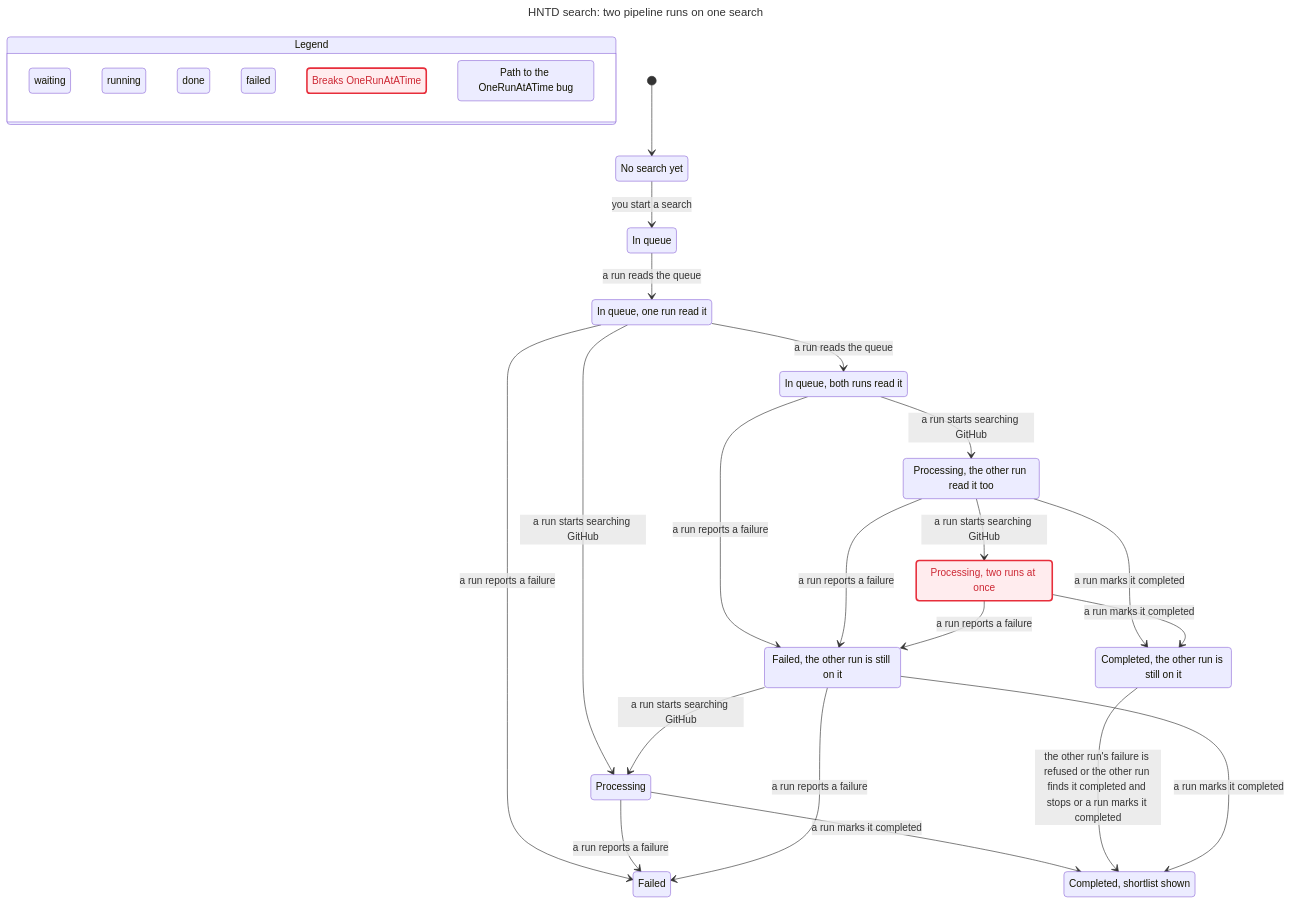
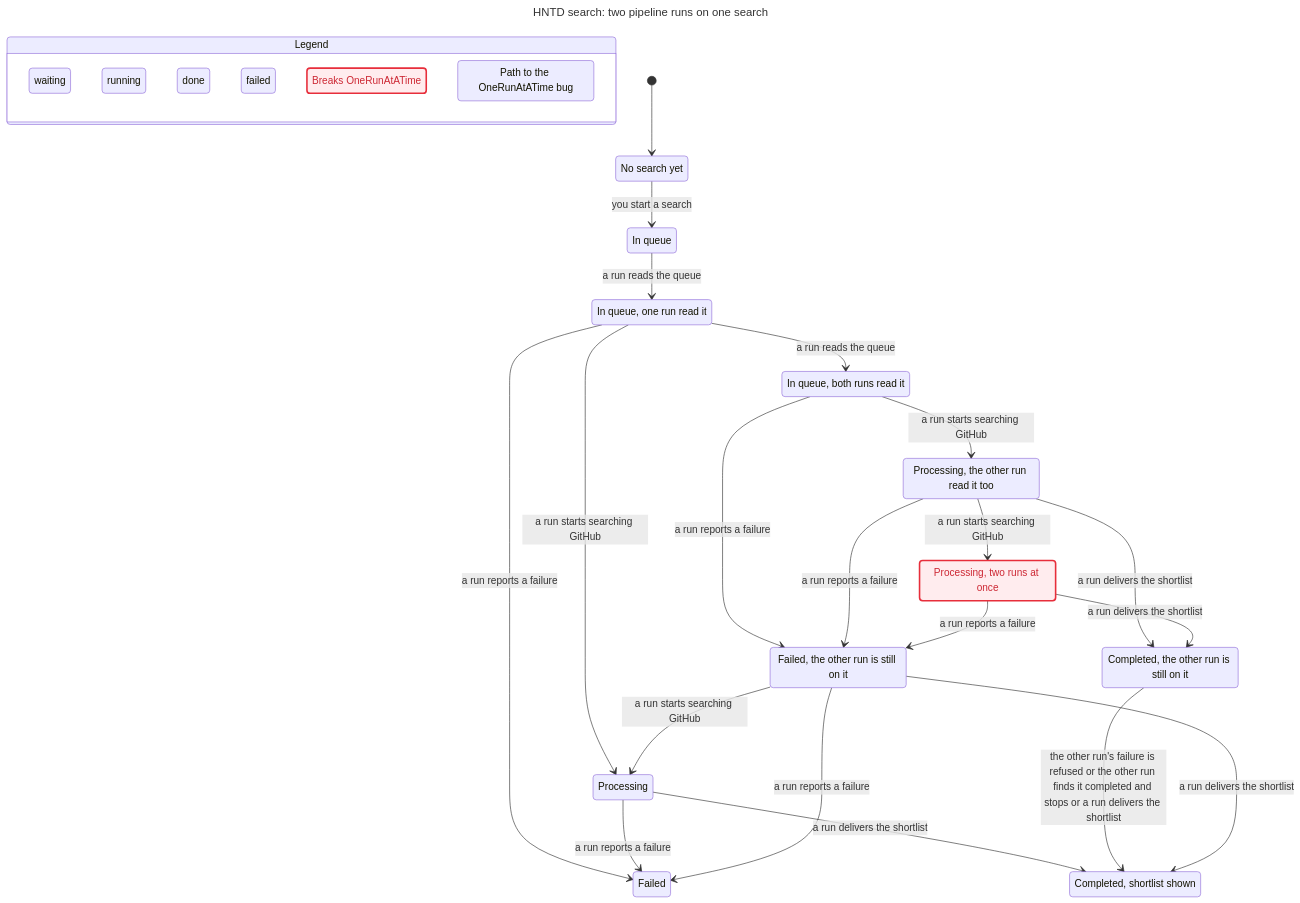
The diagram in .claude/skills/verify/statechart/two-runs.mmd (uppifyagency/HNTD-OpenSource), drawn with Mermaid before and after one commit. The commit also changed 21 other files, not shown here.

```diff
--- a/.claude/skills/verify/statechart/two-runs.mmd
+++ b/.claude/skills/verify/statechart/two-runs.mmd
@@ -1,67 +1,67 @@
 ---
 title: "HNTD search: two pipeline runs on one search"
 ---
 stateDiagram-v2
   state "Legend" as legend {
     lg0: waiting
     lg1: running
     lg2: done
     lg3: failed
     lg4: Breaks OneRunAtATime
     lg5: Path to the OneRunAtATime bug
   }
   class lg0 tan
   class lg1 blue
   class lg2 teal
   class lg3 orange
   class lg4 breaks
   class lg5 bugPath
   s0: No search yet
   s1: In queue
   s2: In queue, one run read it
   s3: Failed
   s4: In queue, both runs read it
   s5: Processing
-  s6: Failed, the other run is still on it
-  s7: Processing, the other run read it too
-  s8: Completed, shortlist shown
-  s9: Processing, two runs at once
-  s10: Completed, the other run is still on it
+  s6: Completed, shortlist shown
+  s7: Failed, the other run is still on it
+  s8: Processing, the other run read it too
+  s9: Completed, the other run is still on it
+  s10: Processing, two runs at once
   [*] --> s0
   s0 --> s1: you start a search
   s1 --> s2: a run reads the queue
   s2 --> s3: a run reports a failure
   s2 --> s4: a run reads the queue
   s2 --> s5: a run starts searching GitHub
-  s4 --> s6: a run reports a failure
-  s4 --> s7: a run starts searching GitHub
+  s4 --> s7: a run reports a failure
+  s4 --> s8: a run starts searching GitHub
   s5 --> s3: a run reports a failure
-  s6 --> s3: a run reports a failure
-  s6 --> s5: a run starts searching GitHub
-  s5 --> s8: a run marks it completed
-  s7 --> s6: a run reports a failure
-  s7 --> s9: a run starts searching GitHub
-  s7 --> s10: a run marks it completed
-  s9 --> s6: a run reports a failure
-  s10 --> s8: the other run's failure is refused or the other run finds it completed and stops or a run marks it completed
-  s6 --> s8: a run marks it completed
-  s9 --> s10: a run marks it completed
+  s5 --> s6: a run delivers the shortlist
+  s7 --> s3: a run reports a failure
+  s7 --> s5: a run starts searching GitHub
+  s8 --> s7: a run reports a failure
+  s8 --> s9: a run delivers the shortlist
+  s8 --> s10: a run starts searching GitHub
+  s9 --> s6: the other run's failure is refused or the other run finds it completed and stops or a run delivers the shortlist
+  s7 --> s6: a run delivers the shortlist
+  s10 --> s7: a run reports a failure
+  s10 --> s9: a run delivers the shortlist
   classDef breaks fill:#ffecee,stroke:#e72e3b,stroke-width:2.5px,color:#cd2834
   class s0 tan
   class s0 bugPath
   class s1 tan
   class s1 bugPath
   class s2 tan
   class s2 bugPath
   class s3 orange
   class s4 tan
   class s4 bugPath
   class s5 blue
-  class s6 orange
-  class s7 blue
-  class s7 bugPath
-  class s8 teal
-  class s9 blue
-  class s9 breaks
-  class s9 bugPath
-  class s10 teal
+  class s6 teal
+  class s7 orange
+  class s8 blue
+  class s8 bugPath
+  class s9 teal
+  class s10 blue
+  class s10 breaks
+  class s10 bugPath
```
